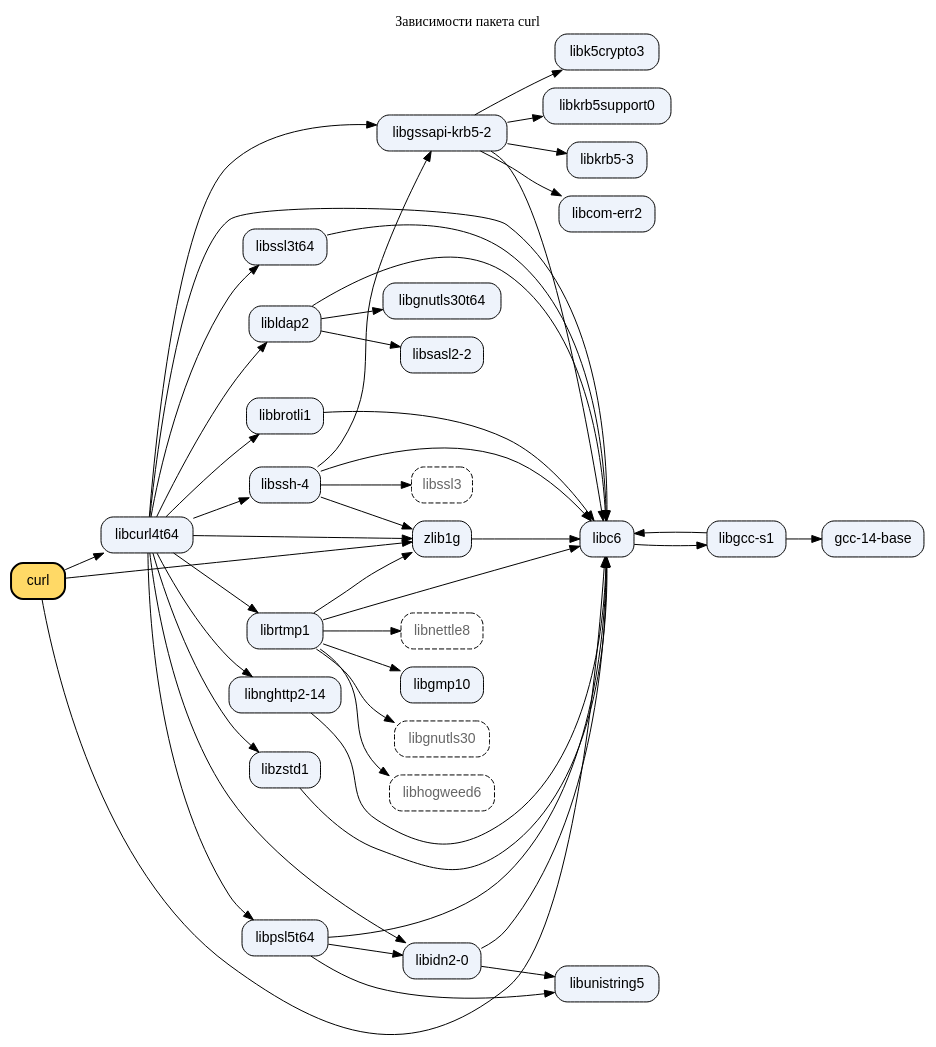
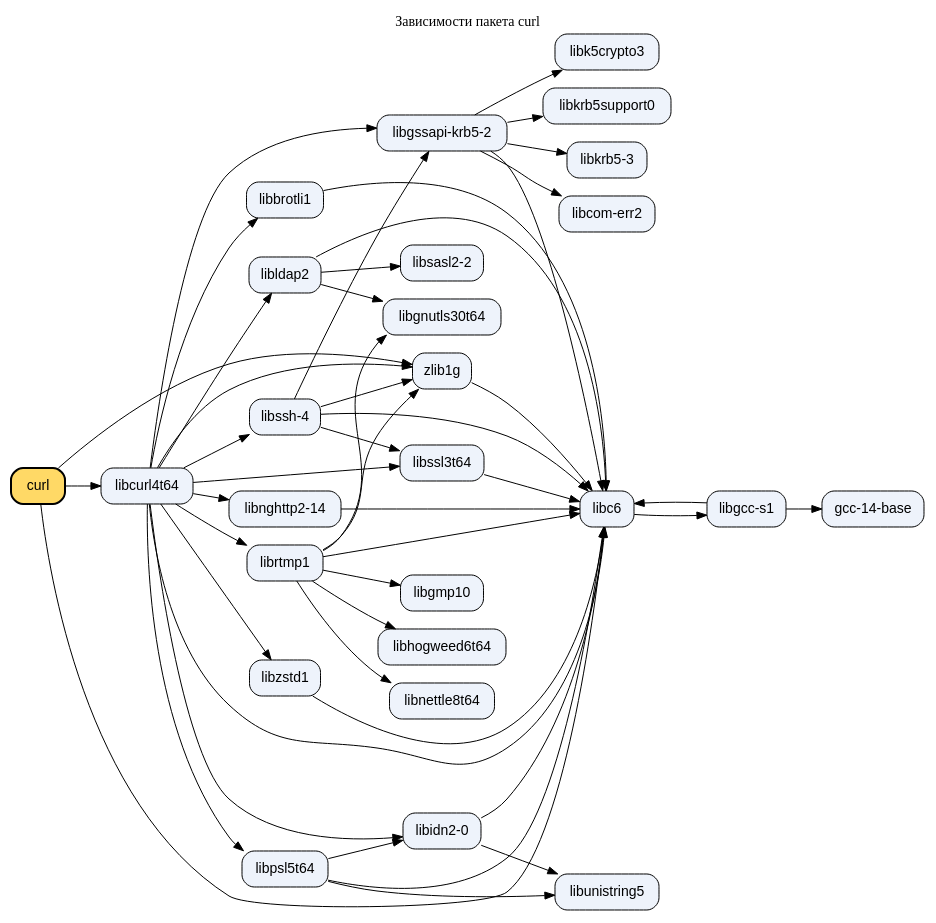
One commit to RiyadT22/dependency-graph-visualizer changed the diagram in examples/output/curl.dot. Above: the diagram before and after it, drawn with Graphviz. The commit also changed 4 other files, not shown here.

```diff
--- a/examples/output/curl.dot
+++ b/examples/output/curl.dot
@@ -1,80 +1,78 @@
 digraph dependencies {
     label="Зависимости пакета curl";
     labelloc=t;
     rankdir=LR;
     node [shape=box, style="rounded,filled", fillcolor="#eef3fb", fontname="Helvetica"];
     "curl" [fillcolor="#ffd966", penwidth=2];
-    "libgnutls30" [style="rounded,dashed", fontcolor="#666666"];
-    "libhogweed6" [style="rounded,dashed", fontcolor="#666666"];
-    "libnettle8" [style="rounded,dashed", fontcolor="#666666"];
-    "libssl3" [style="rounded,dashed", fontcolor="#666666"];
     "libc6";
     "libcurl4t64";
     "zlib1g";
     "libgcc-s1";
     "gcc-14-base";
     "libbrotli1";
     "libgssapi-krb5-2";
     "libidn2-0";
     "libldap2";
     "libnghttp2-14";
     "libpsl5t64";
     "librtmp1";
     "libssh-4";
     "libssl3t64";
     "libzstd1";
     "libkrb5-3";
     "libcom-err2";
     "libk5crypto3";
     "libkrb5support0";
     "libunistring5";
     "libgnutls30t64";
     "libsasl2-2";
     "libgmp10";
+    "libhogweed6t64";
+    "libnettle8t64";
     "curl" -> "libc6";
     "curl" -> "libcurl4t64";
     "curl" -> "zlib1g";
     "libc6" -> "libgcc-s1";
     "libgcc-s1" -> "gcc-14-base";
     "libgcc-s1" -> "libc6";
     "libcurl4t64" -> "libbrotli1";
     "libcurl4t64" -> "libc6";
     "libcurl4t64" -> "libgssapi-krb5-2";
     "libcurl4t64" -> "libidn2-0";
     "libcurl4t64" -> "libldap2";
     "libcurl4t64" -> "libnghttp2-14";
     "libcurl4t64" -> "libpsl5t64";
     "libcurl4t64" -> "librtmp1";
     "libcurl4t64" -> "libssh-4";
     "libcurl4t64" -> "libssl3t64";
     "libcurl4t64" -> "libzstd1";
     "libcurl4t64" -> "zlib1g";
     "libbrotli1" -> "libc6";
     "libgssapi-krb5-2" -> "libkrb5-3";
     "libgssapi-krb5-2" -> "libc6";
     "libgssapi-krb5-2" -> "libcom-err2";
     "libgssapi-krb5-2" -> "libk5crypto3";
     "libgssapi-krb5-2" -> "libkrb5support0";
     "libidn2-0" -> "libc6";
     "libidn2-0" -> "libunistring5";
     "libldap2" -> "libc6";
     "libldap2" -> "libgnutls30t64";
     "libldap2" -> "libsasl2-2";
     "libnghttp2-14" -> "libc6";
     "libpsl5t64" -> "libidn2-0";
     "libpsl5t64" -> "libc6";
     "libpsl5t64" -> "libunistring5";
     "librtmp1" -> "libc6";
     "librtmp1" -> "libgmp10";
-    "librtmp1" -> "libgnutls30";
-    "librtmp1" -> "libhogweed6";
-    "librtmp1" -> "libnettle8";
+    "librtmp1" -> "libgnutls30t64";
+    "librtmp1" -> "libhogweed6t64";
+    "librtmp1" -> "libnettle8t64";
     "librtmp1" -> "zlib1g";
     "libssh-4" -> "libc6";
     "libssh-4" -> "libgssapi-krb5-2";
-    "libssh-4" -> "libssl3";
+    "libssh-4" -> "libssl3t64";
     "libssh-4" -> "zlib1g";
     "libssl3t64" -> "libc6";
     "libzstd1" -> "libc6";
     "zlib1g" -> "libc6";
 }
```
